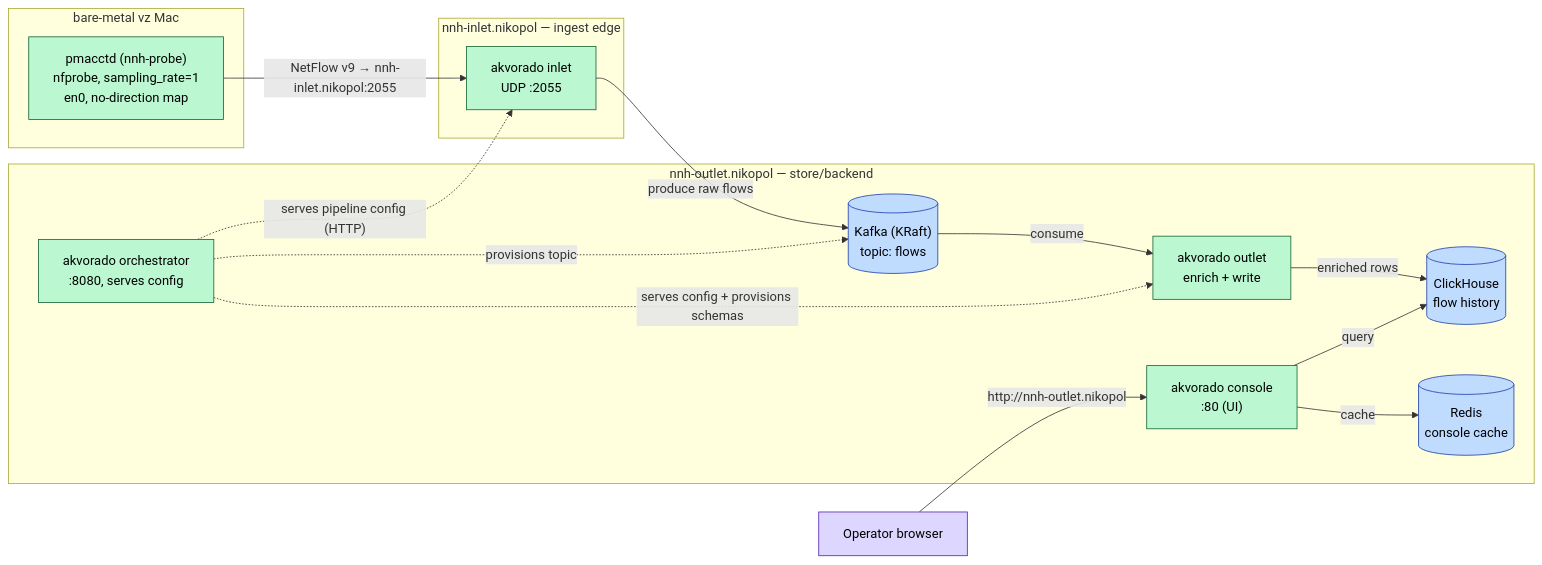
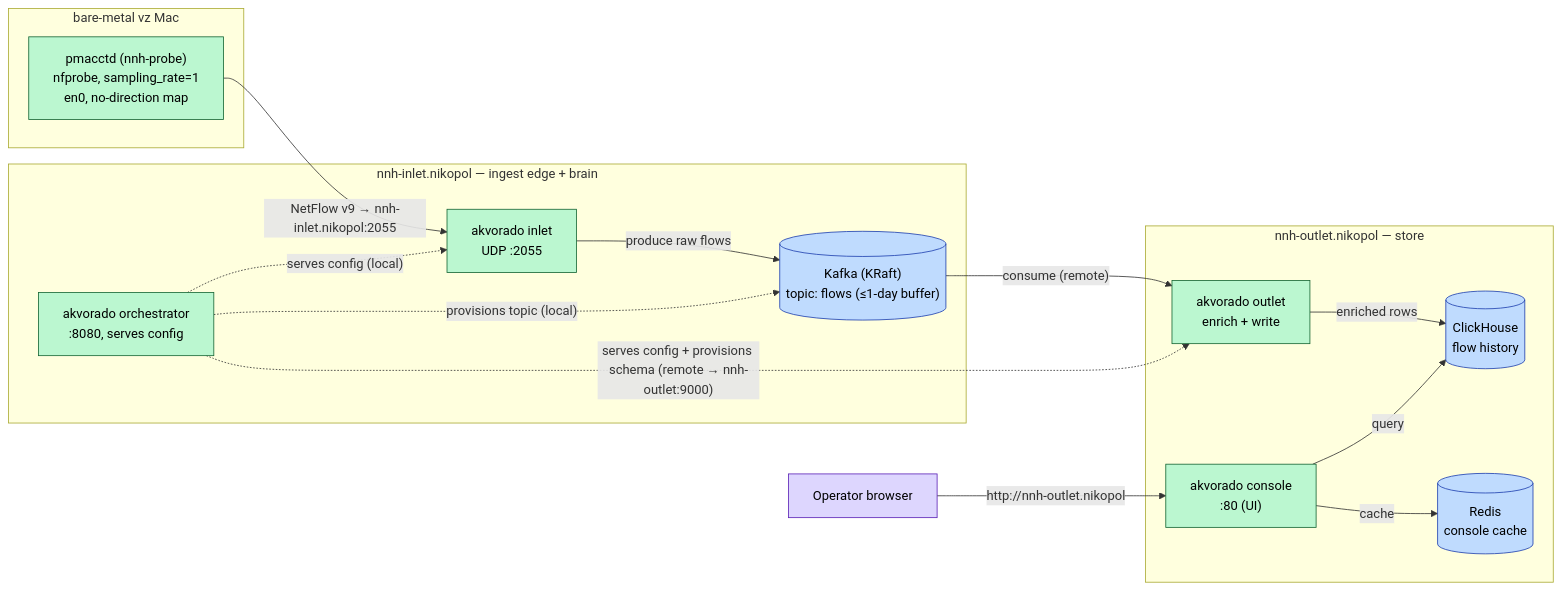
Before and after one commit to seedmatic/flowlab: the second of 5 diagrams in docs/architecture.adoc, drawn with Mermaid. The commit also changed other lines of this file and 4 other files, not shown here.

```diff
--- a/docs/architecture.adoc
+++ b/docs/architecture.adoc
@@ -75,37 +86,37 @@
 [mermaid]
 ....
 flowchart LR
   subgraph mac [bare-metal vz Mac]
     PMACCT["pmacctd (nnh-probe)\nnfprobe, sampling_rate=1\nen0, no-direction map"]:::wl
   end
 
-  subgraph inlet [nnh-inlet.nikopol — ingest edge]
+  subgraph inlet [nnh-inlet.nikopol — ingest edge + brain]
+    ORCH["akvorado orchestrator\n:8080, serves config"]:::wl
     IN["akvorado inlet\nUDP :2055"]:::wl
+    KAFKA[("Kafka (KRaft)\ntopic: flows (≤1-day buffer)")]:::infra
   end
 
-  subgraph outlet [nnh-outlet.nikopol — store/backend]
-    ORCH["akvorado orchestrator\n:8080, serves config"]:::wl
+  subgraph outlet [nnh-outlet.nikopol — store]
     OUT["akvorado outlet\nenrich + write"]:::wl
     CON["akvorado console\n:80 (UI)"]:::wl
-    KAFKA[("Kafka (KRaft)\ntopic: flows")]:::infra
     CH[("ClickHouse\nflow history")]:::infra
     REDIS[("Redis\nconsole cache")]:::infra
   end
 
   OPB["Operator browser"]:::actor
 
   PMACCT -->|"NetFlow v9 → nnh-inlet.nikopol:2055"| IN
   IN -->|"produce raw flows"| KAFKA
-  KAFKA -->|"consume"| OUT
+  KAFKA -->|"consume (remote)"| OUT
   OUT -->|"enriched rows"| CH
   CON -->|"query"| CH
   CON -->|"cache"| REDIS
-  ORCH -.->|"serves pipeline config (HTTP)"| IN
-  ORCH -.->|"serves config + provisions schemas"| OUT
-  ORCH -.->|"provisions topic"| KAFKA
+  ORCH -.->|"serves config (local)"| IN
+  ORCH -.->|"serves config + provisions schema (remote → nnh-outlet:9000)"| OUT
+  ORCH -.->|"provisions topic (local)"| KAFKA
   OPB -->|"http://nnh-outlet.nikopol"| CON
 
   classDef wl fill:#bbf7d0,stroke:#166534,color:#000;
   classDef infra fill:#bfdbfe,stroke:#1e40af,color:#000;
   classDef actor fill:#ddd6fe,stroke:#5b21b6,color:#000;
 ....
```
